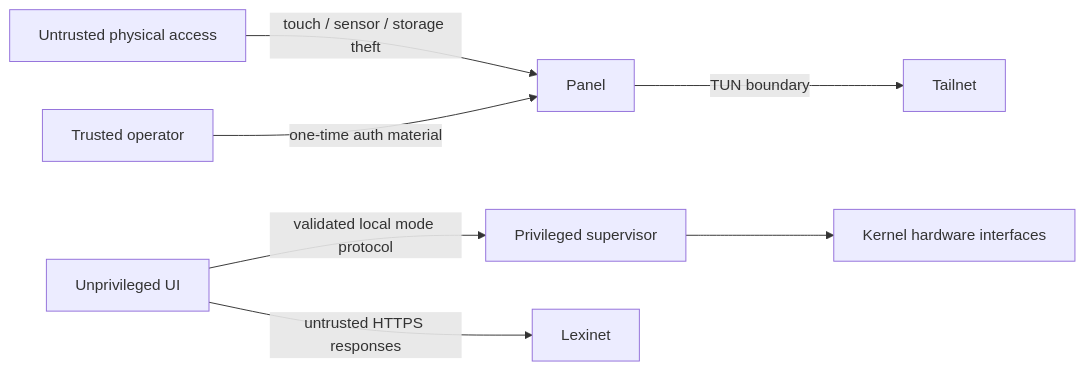
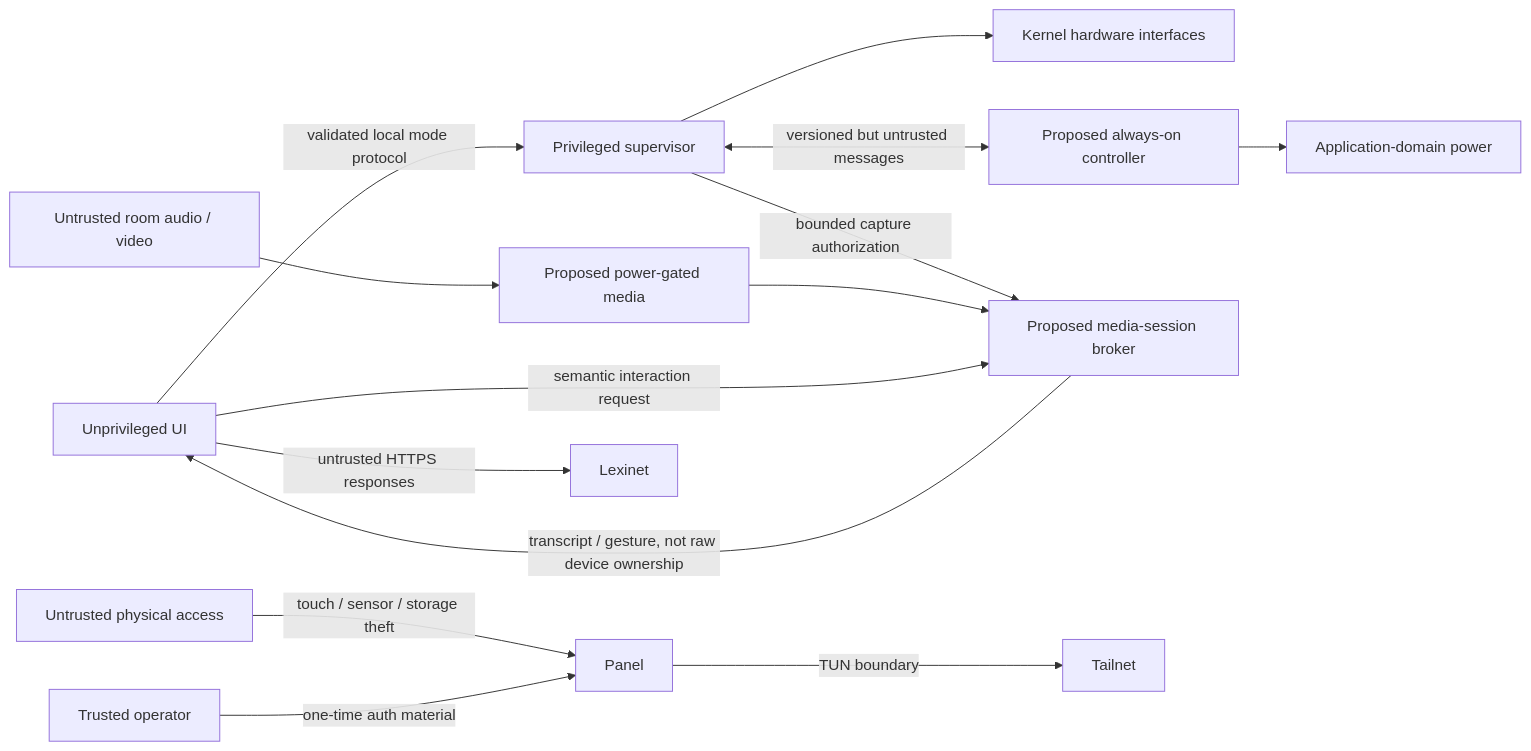
The diagram in docs/security/threat-model.md (scshafe/embedded-house-panel), drawn with Mermaid before and after one commit. The commit also changed other lines of this file and 10 other files, not shown here.

````diff
--- a/docs/security/threat-model.md
+++ b/docs/security/threat-model.md
@@ -21,9 +25,16 @@
 ```mermaid
 flowchart LR
     PHYSICAL["Untrusted physical access"] -->|"touch / sensor / storage theft"| DEVICE["Panel"]
     UI["Unprivileged UI"] -->|"validated local mode protocol"| SUP["Privileged supervisor"]
     SUP --> KERNEL["Kernel hardware interfaces"]
+    SUP <-->|"versioned but untrusted messages"| MCU["Proposed always-on controller"]
+    MCU --> POWER["Application-domain power"]
+    ROOM["Untrusted room audio / video"] --> MEDIA["Proposed power-gated media"]
+    SUP -->|"bounded capture authorization"| BROKER["Proposed media-session broker"]
+    MEDIA --> BROKER
+    UI -->|"semantic interaction request"| BROKER
+    BROKER -->|"transcript / gesture, not raw device ownership"| UI
     UI -->|"untrusted HTTPS responses"| LEX["Lexinet"]
     DEVICE -->|"TUN boundary"| TAIL["Tailnet"]
     PROVISIONER["Trusted operator"] -->|"one-time auth material"| DEVICE
 ```
````
